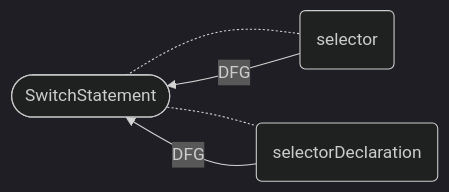
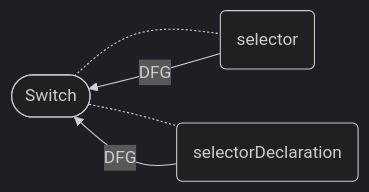
Before and after one commit to Fraunhofer-AISEC/cpg: diagram 35 of 40 in docs/docs/CPG/specs/dfg.md, drawn with Mermaid (dark theme). The commit also changed other lines of this file and 99 other files, not shown here.

First line of the commit message:
Remove `Statement` suffix from expression node classes (#2604)

````diff
--- a/docs/docs/CPG/specs/dfg.md
+++ b/docs/docs/CPG/specs/dfg.md
@@ -681,7 +681,7 @@
 ```mermaid
   flowchart LR
-    node([SwitchStatement]) -.- selector(selector)
+    node([Switch]) -.- selector(selector)
     node -.- selectorDeclaration(selectorDeclaration)
     selector -- DFG --> node
     selectorDeclaration  -- DFG --> node
 ```
````
